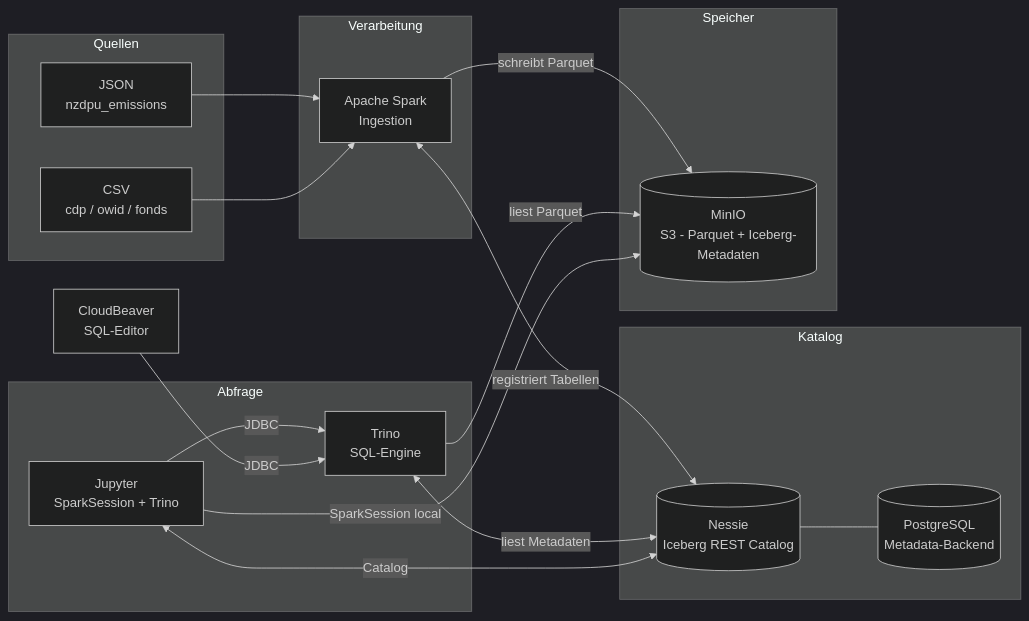
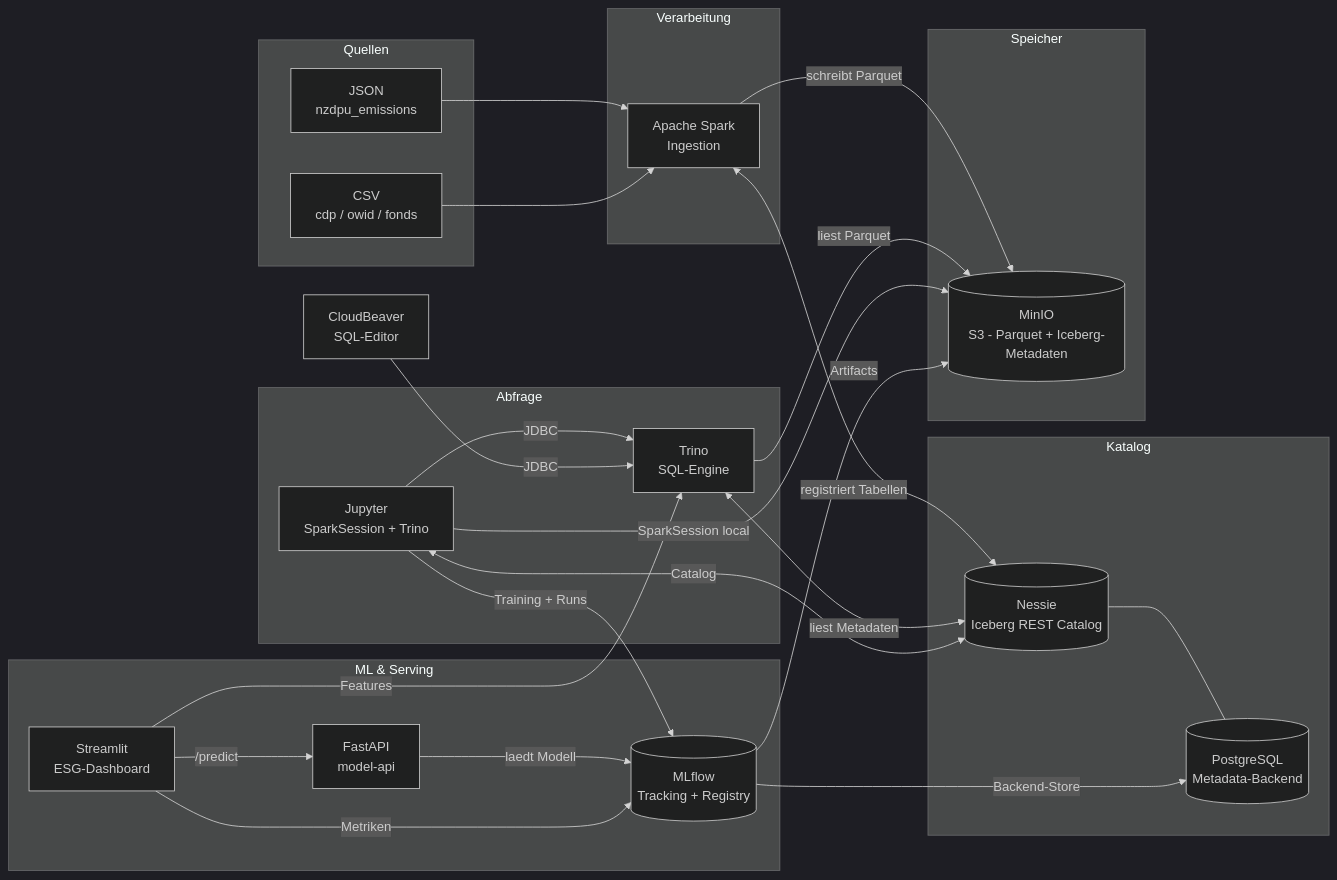
One commit to dev400-jd/mini-lakehouse changed the diagram in README.md. Above: the diagram before and after it, drawn with Mermaid (dark theme). The commit also changed other lines of this file, not shown here.

Commit message:
docs: Architektur um MLflow, FastAPI und Streamlit erweitern
Mermaid-Diagramm um Subgraph "ML & Serving" ergaenzt (MLflow, FastAPI, Streamlit)
inkl. Verbindungen. URL- und Service-Tabelle um ESG-Dashboard (8501) und
Model-API (8000, Swagger /docs) mit Beschreibung ergaenzt.

````diff
--- a/README.md
+++ b/README.md
@@ -63,37 +67,50 @@
 ```mermaid
 flowchart LR
     subgraph Quellen
         J[JSON\nnzdpu_emissions]
         C[CSV\ncdp / owid / fonds]
     end
 
     subgraph Verarbeitung
         Spark[Apache Spark\nIngestion]
     end
 
     subgraph Katalog
         Nessie[(Nessie\nIceberg REST Catalog)]
         PG[(PostgreSQL\nMetadata-Backend)]
     end
 
     subgraph Speicher
         MinIO[(MinIO\nS3 - Parquet + Iceberg-Metadaten)]
     end
 
     subgraph Abfrage
         Trino[Trino\nSQL-Engine]
         Jupyter[Jupyter\nSparkSession + Trino]
     end
 
+    subgraph "ML & Serving"
+        MLflow[(MLflow\nTracking + Registry)]
+        API[FastAPI\nmodel-api]
+        App[Streamlit\nESG-Dashboard]
+    end
+
     J --> Spark
     C --> Spark
     Spark -->|schreibt Parquet| MinIO
     Spark <-->|registriert Tabellen| Nessie
     Nessie --- PG
     Trino <-->|liest Metadaten| Nessie
     Trino -->|liest Parquet| MinIO
     Jupyter -->|SparkSession local| MinIO
     Jupyter -->|JDBC| Trino
     Jupyter <-->|Catalog| Nessie
     CloudBeaver[CloudBeaver\nSQL-Editor] -->|JDBC| Trino
+    Jupyter -->|Training + Runs| MLflow
+    MLflow -->|Backend-Store| PG
+    MLflow -->|Artifacts| MinIO
+    API -->|laedt Modell| MLflow
+    App -->|/predict| API
+    App -->|Features| Trino
+    App -->|Metriken| MLflow
 ```
````
